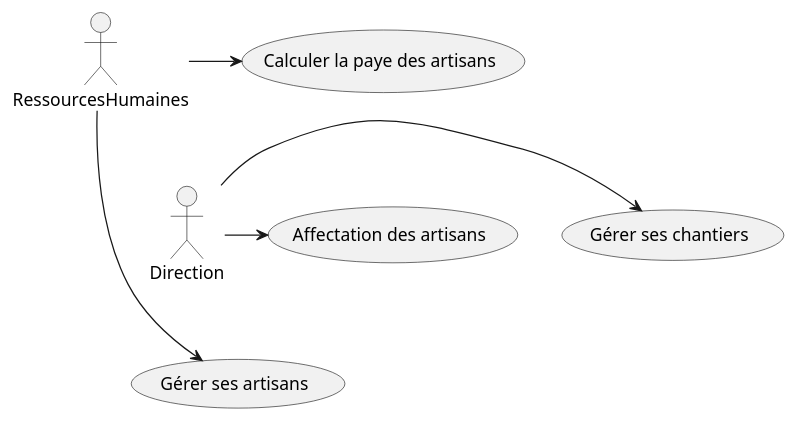
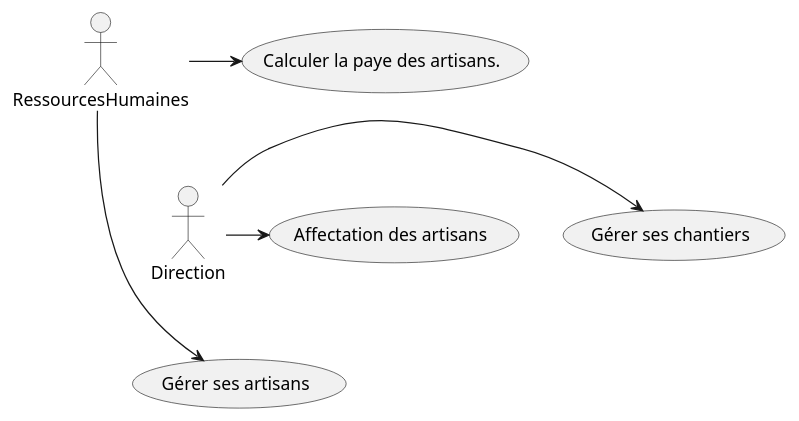
The diagram in uc.plantuml (IUT-Blagnac/r2-01-conception-td5-Falsimane), drawn with PlantUML before and after one commit.

```diff
--- a/uc.plantuml
+++ b/uc.plantuml
@@ -1,21 +1,21 @@
 @startuml UC
 
 usecase c as "Gérer ses chantiers"
 usecase g as "Gérer ses artisans"
 usecase a as "Affectation des artisans"
-usecase p as "Calculer la paye des artisans"
+usecase p as "Calculer la paye des artisans."
 
 actor Direction
 actor RessourcesHumaines
 
 'Pour aligner les 2 acteurs :
 a -[hidden]-> g
 p -[hidden]-> a
 
 Direction -> c
 Direction -> a
 
 RessourcesHumaines -> p
 RessourcesHumaines -> g
 
 @enduml
```
